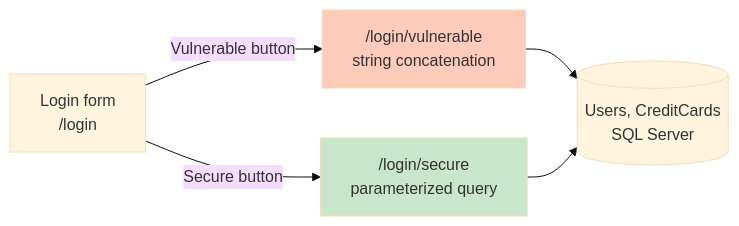
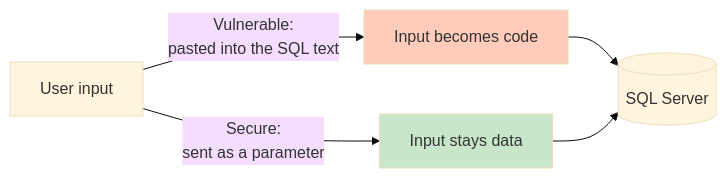
Before and after one commit to tjovic/database-design-labs-public: the first of 3 diagrams in demos/cyber-lab/lab.md, drawn with Mermaid (base theme). The commit also changed other lines of this file and 14 other files, not shown here.

````diff
--- a/demos/cyber-lab/lab.md
+++ b/demos/cyber-lab/lab.md
@@ -12,9 +21,9 @@
 ```mermaid
 flowchart LR
-    A["Login form<br/>/login"] -->|"Vulnerable button"| B["/login/vulnerable<br/>string concatenation"]
-    A -->|"Secure button"| C["/login/secure<br/>parameterized query"]
-    B --> D[("Users, CreditCards<br/>SQL Server")]
+    A["User input"] -->|"Vulnerable:<br/>pasted into the SQL text"| B["Input becomes code"]
+    A -->|"Secure:<br/>sent as a parameter"| C["Input stays data"]
+    B --> D[("SQL Server")]
     C --> D
     style B fill:#ffccbc
     style C fill:#c8e6c9
 ```
````
